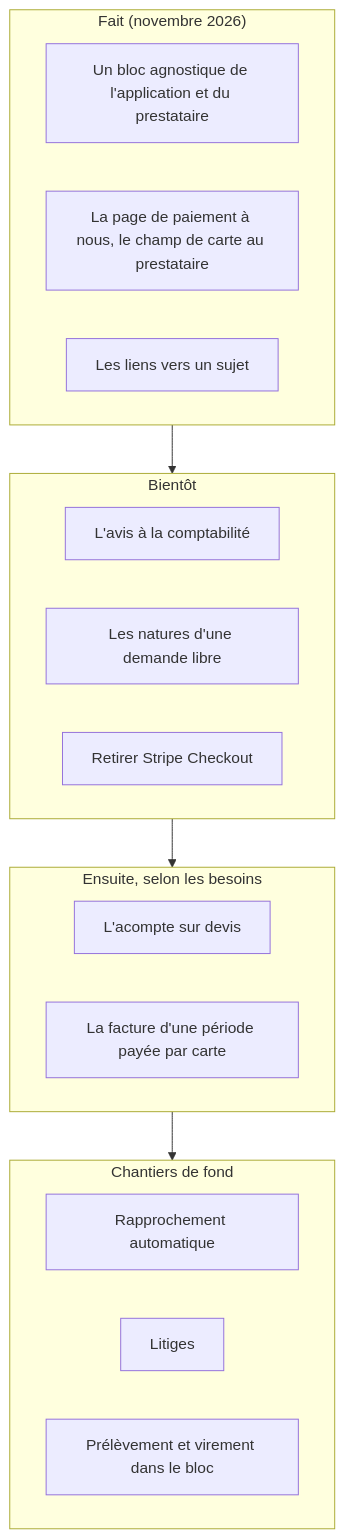
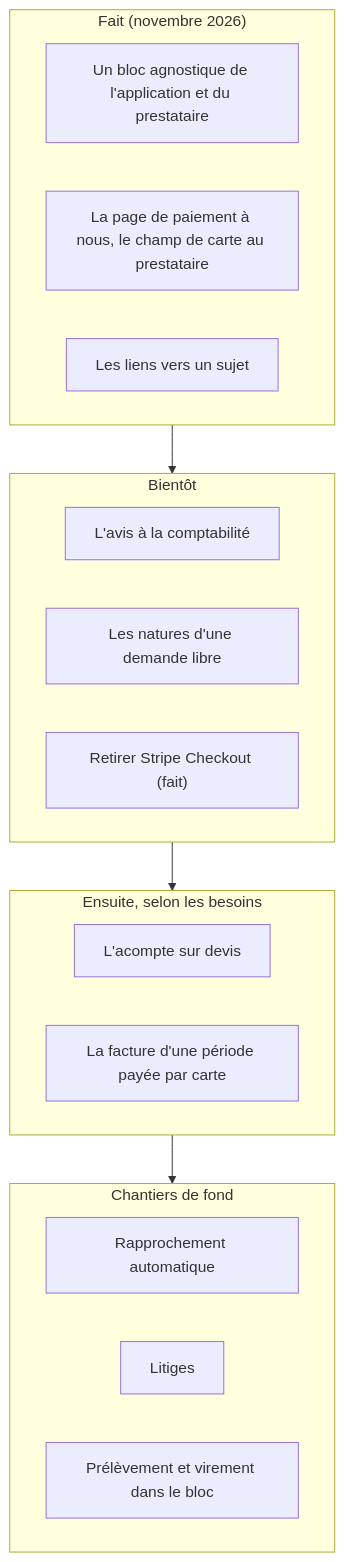
The diagram in documentation/payment/feuille-de-route.md (hugoheynard/lfd), drawn with Mermaid before and after one commit. The commit also changed other lines of this file and 54 other files, not shown here.

First line of the commit message:
refactor(payments): sortir de Stripe Checkout (lot F2)

````diff
--- a/documentation/payment/feuille-de-route.md
+++ b/documentation/payment/feuille-de-route.md
@@ -16,23 +16,23 @@
 ```mermaid
 flowchart TB
   subgraph Fait["Fait (novembre 2026)"]
     A["Un bloc agnostique de l'application et du prestataire"]
     B["La page de paiement à nous, le champ de carte au prestataire"]
     C["Les liens vers un sujet"]
   end
   subgraph Bientot["Bientôt"]
     D["L'avis à la comptabilité"]
     E["Les natures d'une demande libre"]
-    F["Retirer Stripe Checkout"]
+    F["Retirer Stripe Checkout (fait)"]
   end
   subgraph Ensuite["Ensuite, selon les besoins"]
     G["L'acompte sur devis"]
     H["La facture d'une période payée par carte"]
   end
   subgraph Fond["Chantiers de fond"]
     I["Rapprochement automatique"]
     J["Litiges"]
     K["Prélèvement et virement dans le bloc"]
   end
   Fait --> Bientot --> Ensuite --> Fond
 ```
````
